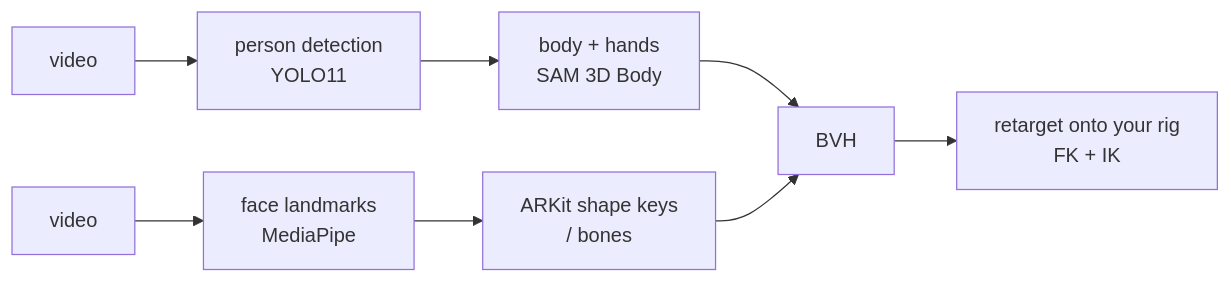
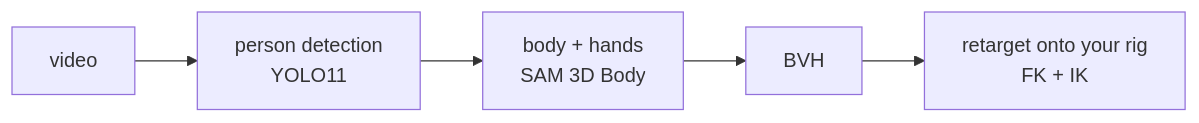
The diagram in README.md (dsguffey/BlendCap-Assisted-MultiPerson), drawn with Mermaid before and after one commit. The commit also changed other lines of this file and 16 other files, not shown here.

Commit message:
Remove legacy face capture and MediaPipe dependency

````diff
--- a/README.md
+++ b/README.md
@@ -113,6 +112,5 @@
 ```mermaid
 flowchart LR
     V1[video] --> Y[person detection<br/>YOLO11] --> S[body + hands<br/>SAM 3D Body] --> BVH[BVH]
-    V2[video] --> M[face landmarks<br/>MediaPipe] --> AK[ARKit shape keys<br/>/ bones] --> BVH
     BVH --> R[retarget onto your rig<br/>FK + IK]
 ```
````
